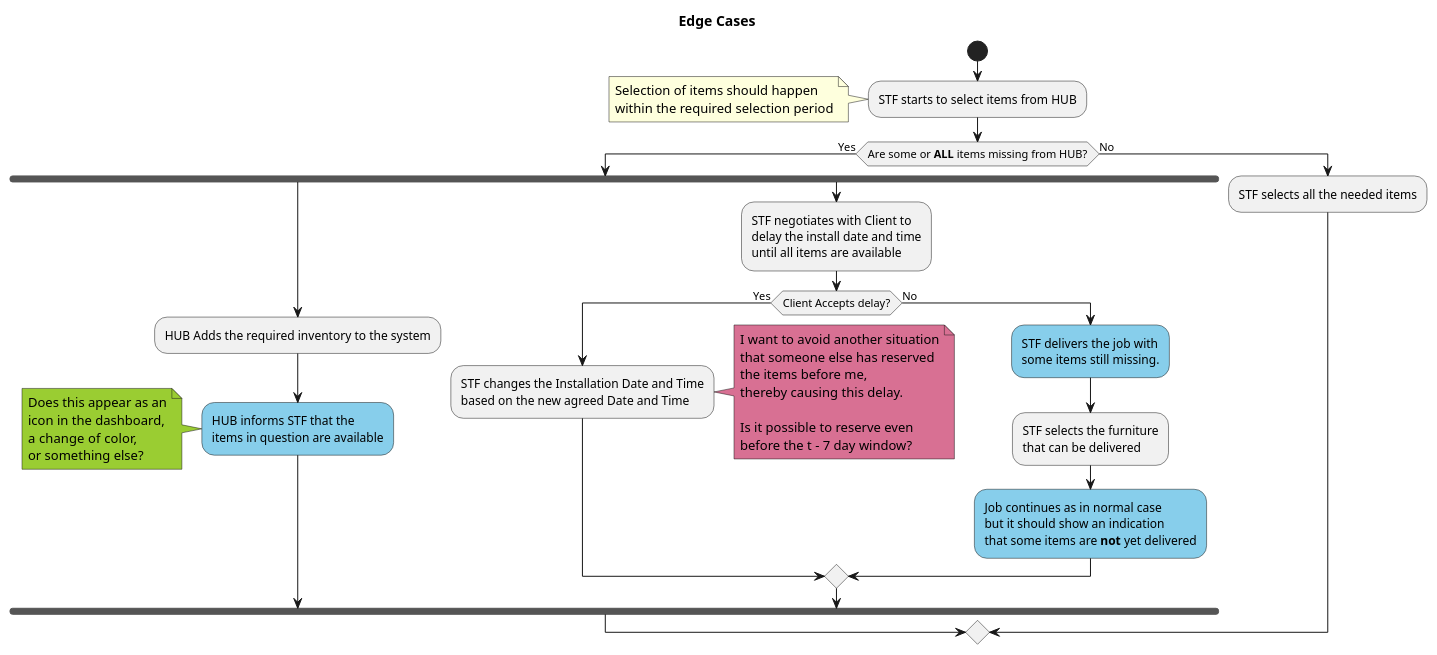
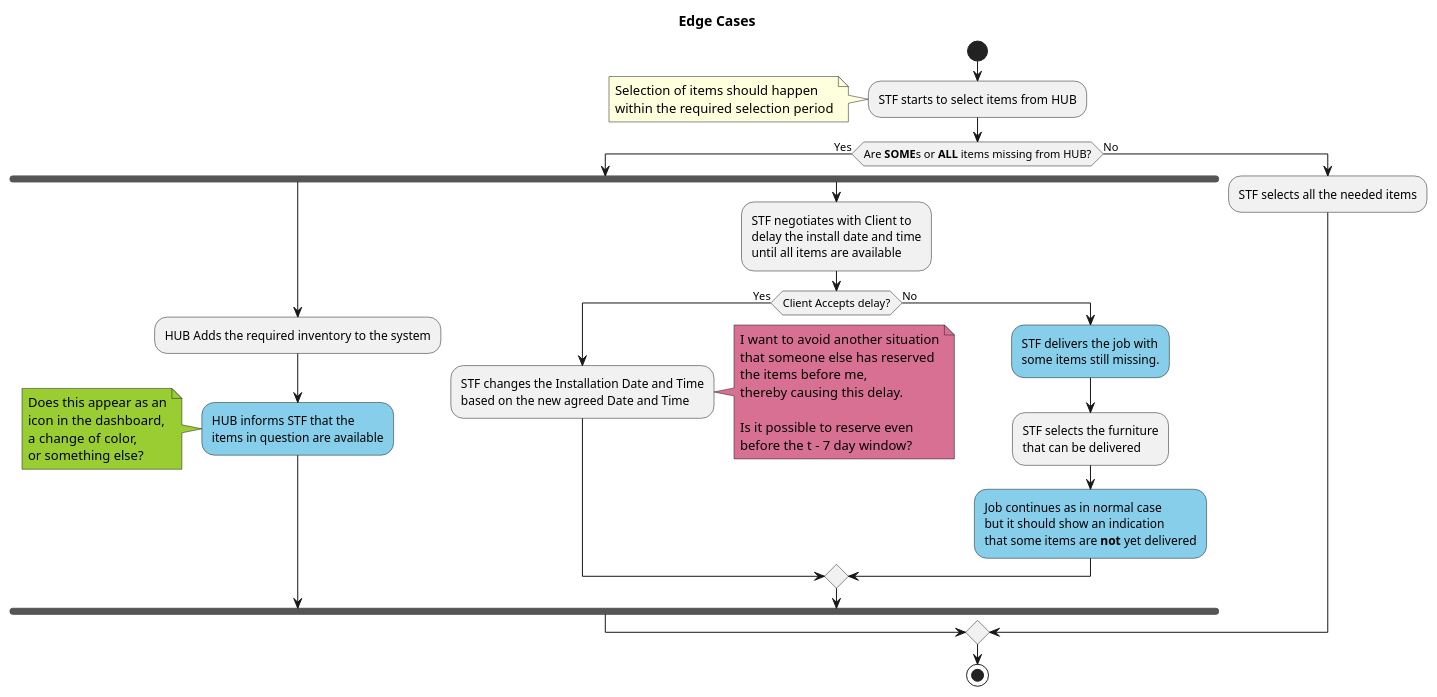
One commit to jpgacrama/NovariSpecs changed the diagram in EdgeCases/Edge_LackOfAvailableInventory.pu. Above: the diagram before and after it, drawn with PlantUML.

Commit message:
Edge Cases: Removed extra space

```diff
--- a/EdgeCases/Edge_LackOfAvailableInventory.pu
+++ b/EdgeCases/Edge_LackOfAvailableInventory.pu
@@ -5,57 +5,57 @@
 @startuml
-    title Edge Cases
-    start
-    
-    :STF starts to select items from HUB;
-    note
-        Selection of items should happen
-        within the required selection period
-    end note
+title Edge Cases
+start
 
-    if (Are some or **ALL** items missing from HUB?) then (Yes)
-        fork
-            :HUB Adds the required inventory to the system;
-            #SkyBlue:HUB informs STF that the
-            items in question are available;
-            note #YellowGreen
-                Does this appear as an
-                icon in the dashboard,
-                a change of color, 
-                or something else?
+:STF starts to select items from HUB;
+note
+    Selection of items should happen
+    within the required selection period
+end note
+
+if (Are **SOME**s or **ALL** items missing from HUB?) then (Yes)
+    fork
+        :HUB Adds the required inventory to the system;
+        #SkyBlue:HUB informs STF that the
+        items in question are available;
+        note #YellowGreen
+            Does this appear as an
+            icon in the dashboard,
+            a change of color, 
+            or something else?
+        end note
+    fork again
+        :STF negotiates with Client to
+        delay the install date and time
+        until all items are available;
+
+        if (Client Accepts delay?) then (Yes)
+            :STF changes the Installation Date and Time
+            based on the new agreed Date and Time;
+
+            note right #PaleVioletRed
+                I want to avoid another situation
+                that someone else has reserved
+                the items before me,
+                thereby causing this delay.
+
+                Is it possible to reserve even
+                before the t - 7 day window?
             end note
-        fork again
-            :STF negotiates with Client to
-            delay the install date and time
-            until all items are available;
+        else (No)
+            #SkyBlue:STF delivers the job with
+            some items still missing.;
 
-            if (Client Accepts delay?) then (Yes)
-                :STF changes the Installation Date and Time
-                based on the new agreed Date and Time;
+            :STF selects the furniture
+            that can be delivered;
 
-                note right #PaleVioletRed
-                    I want to avoid another situation
-                    that someone else has reserved
-                    the items before me,
-                    thereby causing this delay.
+            #SkyBlue:Job continues as in normal case
+            but it should show an indication
+            that some items are **not** yet delivered;
+        endif
+    end fork
 
-                    Is it possible to reserve even
-                    before the t - 7 day window?
-                end note
-            else (No)
-                #SkyBlue:STF delivers the job with
-                some items still missing.;
-
-                :STF selects the furniture
-                that can be delivered;
-
-                #SkyBlue:Job continues as in normal case
-                but it should show an indication
-                that some items are **not** yet delivered;
-            endif
-        end fork
-
-    else (No)
-        :STF selects all the needed items;
-    endif
-
+else (No)
+    :STF selects all the needed items;
+endif
+stop
 @enduml
```
